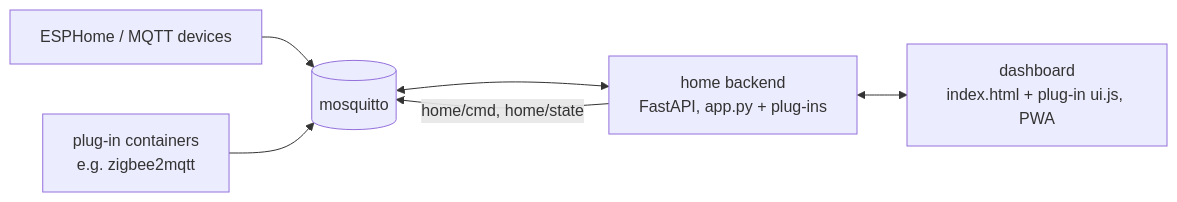
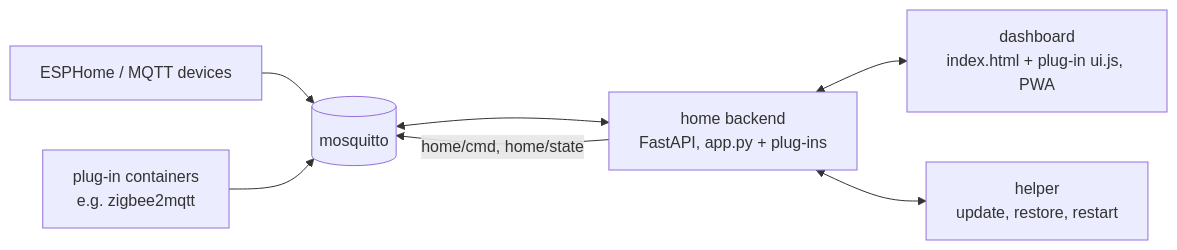
One commit to freidkin-michael/yashome changed the diagram in README.md. Above: the diagram before and after it, drawn with Mermaid. The commit also changed other lines of this file and 20 other files, not shown here.

````diff
--- a/README.md
+++ b/README.md
@@ -226,8 +291,9 @@
 ```mermaid
 flowchart LR
     E[ESPHome / MQTT devices] --> M[(mosquitto)]
     P[plug-in containers<br/>e.g. zigbee2mqtt] --> M
     M <--> H[home backend<br/>FastAPI, app.py + plug-ins]
     H <--> D[dashboard<br/>index.html + plug-in ui.js, PWA]
+    H <--> HL[helper<br/>update, restore, restart]
     H -- home/cmd, home/state --> M
 ```
````
